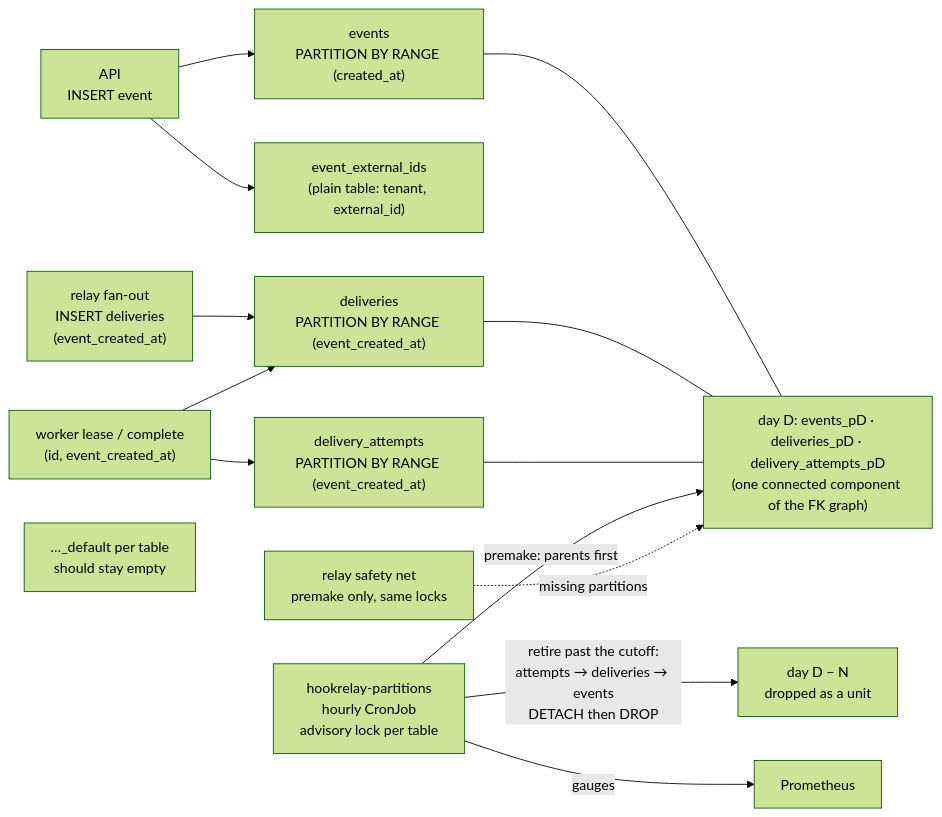
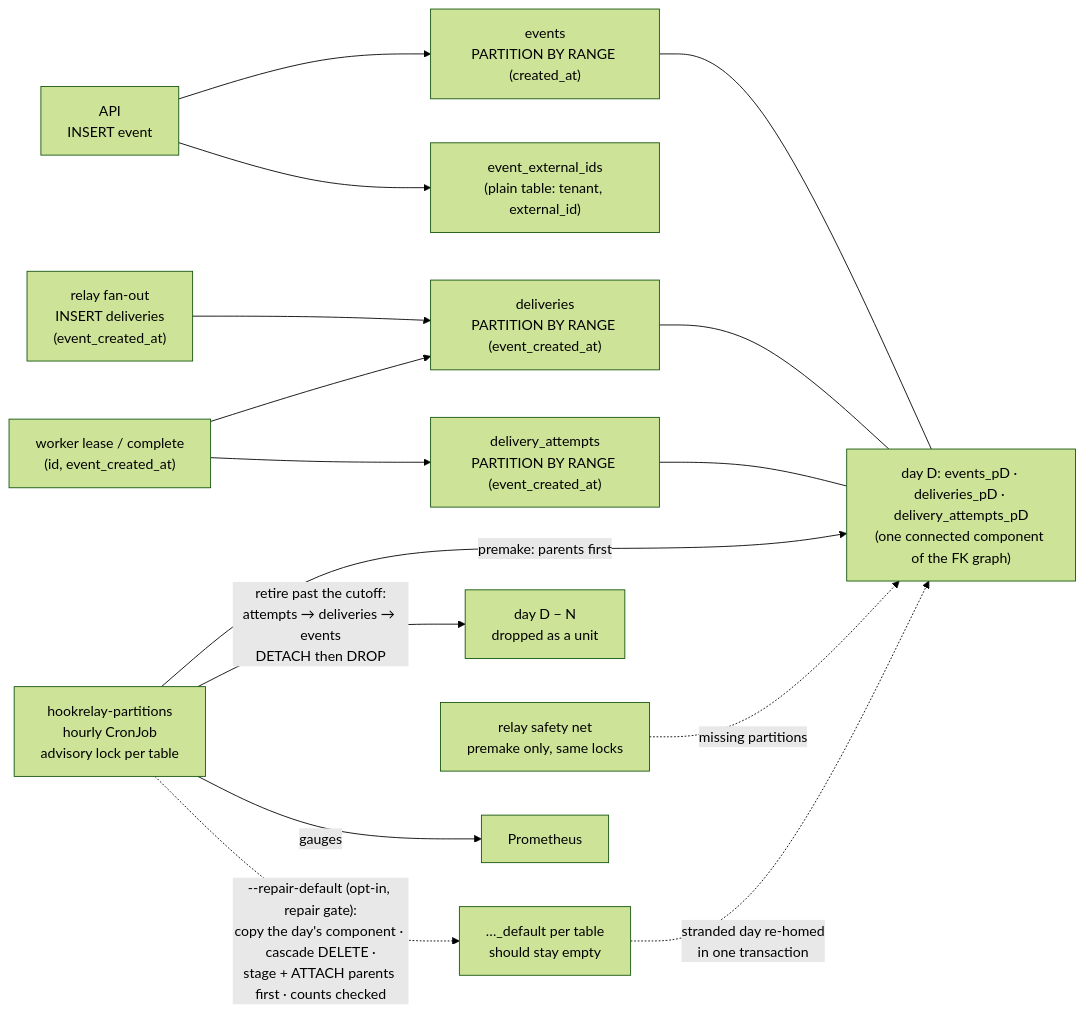
Before and after one commit to smraddhi18/hookrelay: diagram 11 of 11 in README.md, drawn with Mermaid (forest theme). The commit also changed other lines of this file and 1 other file, not shown here.

Commit message:
M9e: README and ROADMAP: repair tool, decisions and trade-offs, config, diagram, progress log

````diff
--- a/README.md
+++ b/README.md
@@ -566,16 +567,18 @@
 ```mermaid
 flowchart LR
     API["API<br/>INSERT event"] --> EV["events<br/>PARTITION BY RANGE (created_at)"]
     API --> XID["event_external_ids<br/>(plain table: tenant, external_id)"]
     RL["relay fan-out<br/>INSERT deliveries<br/>(event_created_at)"] --> DV["deliveries<br/>PARTITION BY RANGE (event_created_at)"]
     WK["worker lease / complete<br/>(id, event_created_at)"] --> DV
     WK --> AT["delivery_attempts<br/>PARTITION BY RANGE (event_created_at)"]
     EV --- D1["day D: events_pD · deliveries_pD · delivery_attempts_pD<br/>(one connected component of the FK graph)"]
     DV --- D1
     AT --- D1
     DF["…_default per table<br/>should stay empty"]
     J["hookrelay-partitions<br/>hourly CronJob<br/>advisory lock per table"] -->|"premake: parents first"| D1
     J -->|"retire past the cutoff:<br/>attempts → deliveries → events<br/>DETACH then DROP"| OLD["day D − N<br/>dropped as a unit"]
     RL2["relay safety net<br/>premake only, same locks"] -.->|"missing partitions"| D1
+    J -.->|"--repair-default (opt-in, repair gate):<br/>copy the day's component · cascade DELETE ·<br/>stage + ATTACH parents first · counts checked"| DF
+    DF -.->|"stranded day re-homed<br/>in one transaction"| D1
     J -->|"gauges"| M["Prometheus"]
 ```
````
